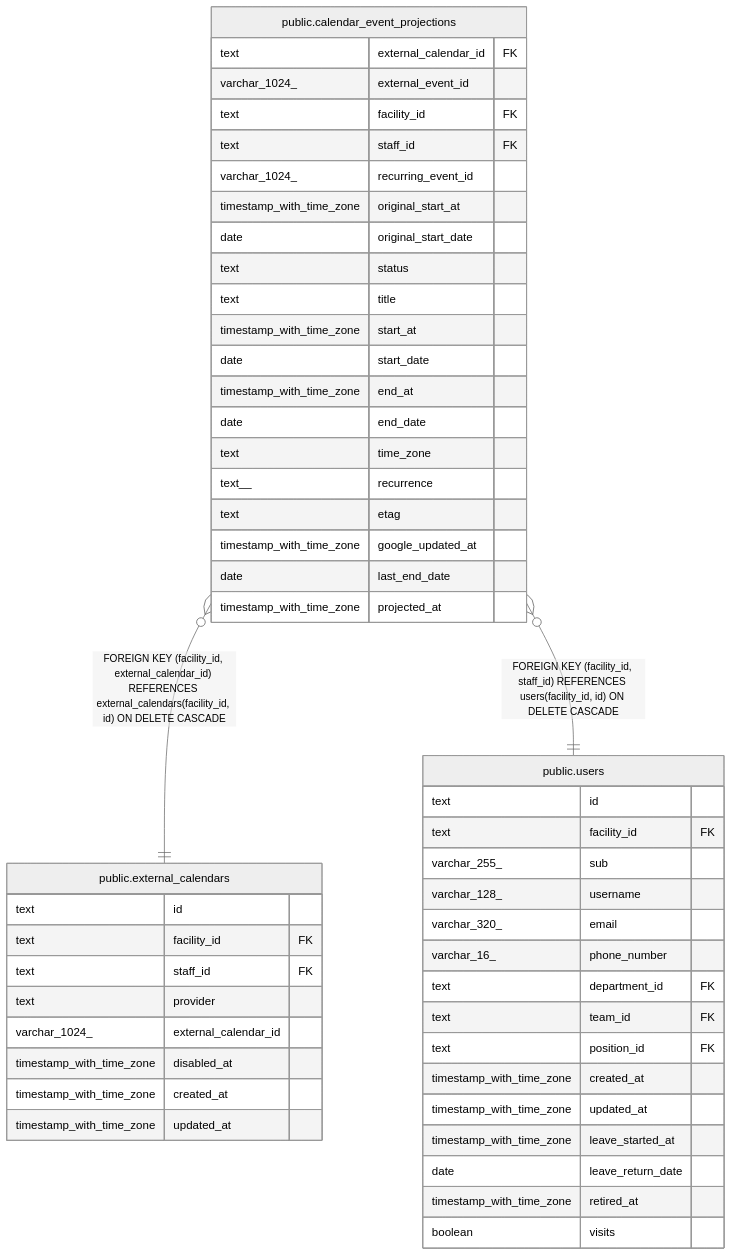
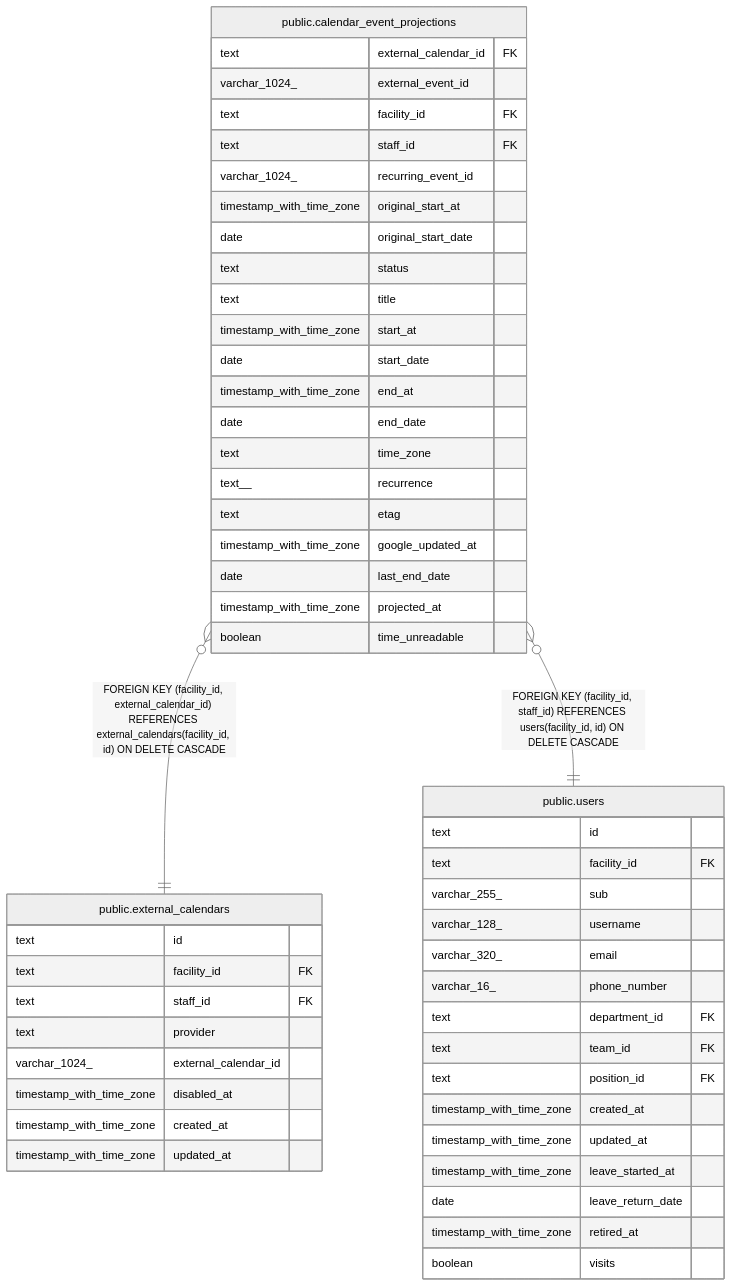
One commit to Fukuemon/buddy changed the diagram in docs/db/schedule/public.calendar_event_projections.md. Above: the diagram before and after it, drawn with Mermaid (neutral theme). The commit also changed other lines of this file and 32 other files, not shown here.

````diff
--- a/docs/db/schedule/public.calendar_event_projections.md
+++ b/docs/db/schedule/public.calendar_event_projections.md
@@ -71,55 +73,56 @@
 ```mermaid
 erDiagram
 
 "public.calendar_event_projections" }o--|| "public.external_calendars" : "FOREIGN KEY (facility_id, external_calendar_id) REFERENCES external_calendars(facility_id, id) ON DELETE CASCADE"
 "public.calendar_event_projections" }o--|| "public.users" : "FOREIGN KEY (facility_id, staff_id) REFERENCES users(facility_id, id) ON DELETE CASCADE"
 
 "public.calendar_event_projections" {
   text external_calendar_id FK
   varchar_1024_ external_event_id
   text facility_id FK
   text staff_id FK
   varchar_1024_ recurring_event_id
   timestamp_with_time_zone original_start_at
   date original_start_date
   text status
   text title
   timestamp_with_time_zone start_at
   date start_date
   timestamp_with_time_zone end_at
   date end_date
   text time_zone
   text__ recurrence
   text etag
   timestamp_with_time_zone google_updated_at
   date last_end_date
   timestamp_with_time_zone projected_at
+  boolean time_unreadable
 }
 "public.external_calendars" {
   text id
   text facility_id FK
   text staff_id FK
   text provider
   varchar_1024_ external_calendar_id
   timestamp_with_time_zone disabled_at
   timestamp_with_time_zone created_at
   timestamp_with_time_zone updated_at
 }
 "public.users" {
   text id
   text facility_id FK
   varchar_255_ sub
   varchar_128_ username
   varchar_320_ email
   varchar_16_ phone_number
   text department_id FK
   text team_id FK
   text position_id FK
   timestamp_with_time_zone created_at
   timestamp_with_time_zone updated_at
   timestamp_with_time_zone leave_started_at
   date leave_return_date
   timestamp_with_time_zone retired_at
   boolean visits
 }
 ```
````
